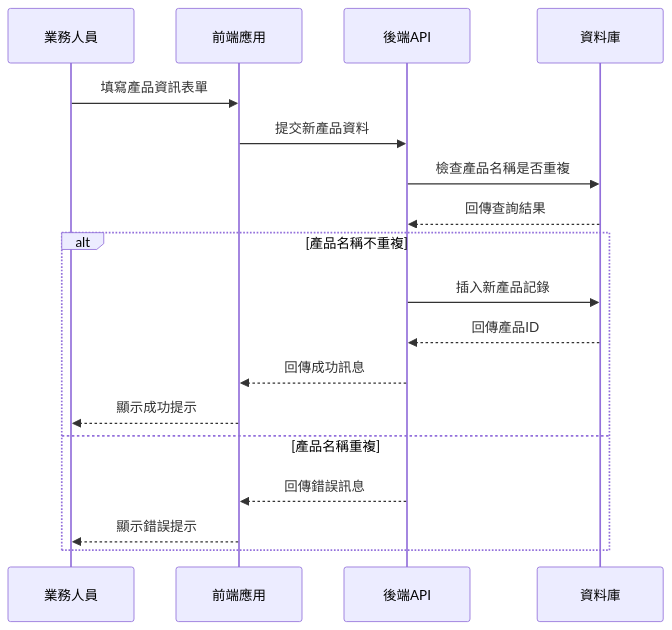
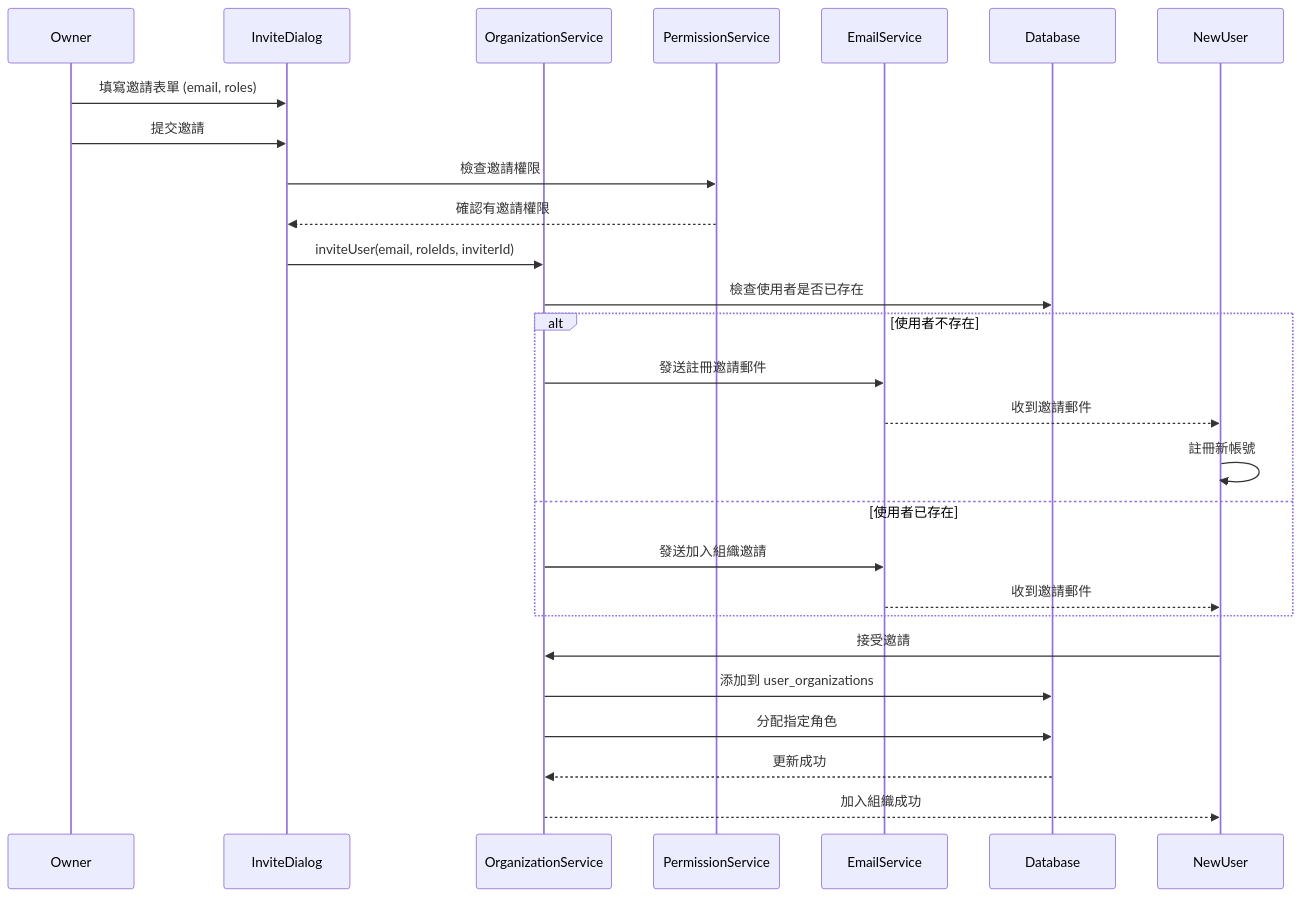
The fourth of 18 diagrams in docs/SEQUENCE_DIAGRAMS.md (quinticechen/qerp-system), drawn with Mermaid before and after one commit. The commit also changed other lines of this file and 9 other files, not shown here.

First line of the commit message:
feat: Enhance organization permission management

````diff
--- a/docs/SEQUENCE_DIAGRAMS.md
+++ b/docs/SEQUENCE_DIAGRAMS.md
@@ -45,21 +98,33 @@
 ```mermaid
 sequenceDiagram
-    participant Sales as 業務人員
-    participant Frontend as 前端應用
-    participant API as 後端API
-    participant DB as 資料庫
+    participant O as Owner
+    participant UI as InviteDialog
+    participant OS as OrganizationService
+    participant PS as PermissionService
+    participant ES as EmailService
+    participant DB as Database
+    participant N as NewUser
 
-    Sales->>Frontend: 填寫產品資訊表單
-    Frontend->>API: 提交新產品資料
-    API->>DB: 檢查產品名稱是否重複
-    DB-->>API: 回傳查詢結果
-    alt 產品名稱不重複
-        API->>DB: 插入新產品記錄
-        DB-->>API: 回傳產品ID
-        API-->>Frontend: 回傳成功訊息
-        Frontend-->>Sales: 顯示成功提示
-    else 產品名稱重複
-        API-->>Frontend: 回傳錯誤訊息
-        Frontend-->>Sales: 顯示錯誤提示
+    O->>UI: 填寫邀請表單 (email, roles)
+    O->>UI: 提交邀請
+    UI->>PS: 檢查邀請權限
+    PS-->>UI: 確認有邀請權限
+    
+    UI->>OS: inviteUser(email, roleIds, inviterId)
+    OS->>DB: 檢查使用者是否已存在
+    
+    alt 使用者不存在
+        OS->>ES: 發送註冊邀請郵件
+        ES-->>N: 收到邀請郵件
+        N->>N: 註冊新帳號
+    else 使用者已存在
+        OS->>ES: 發送加入組織邀請
+        ES-->>N: 收到邀請郵件
     end
+    
+    N->>OS: 接受邀請
+    OS->>DB: 添加到 user_organizations
+    OS->>DB: 分配指定角色
+    DB-->>OS: 更新成功
+    OS-->>N: 加入組織成功
 ```
````
